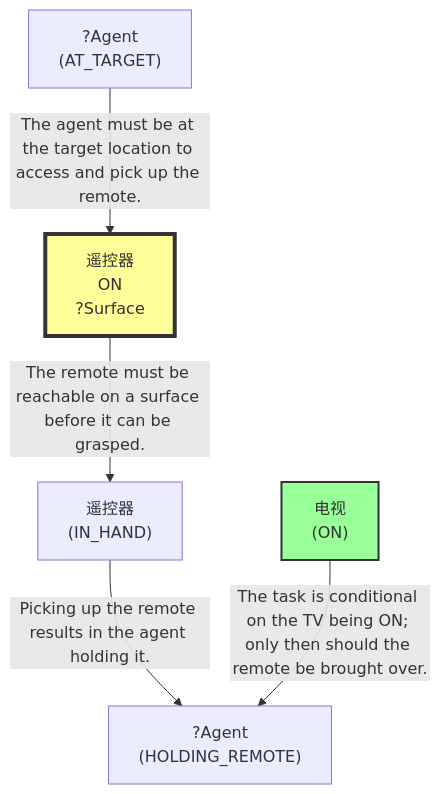
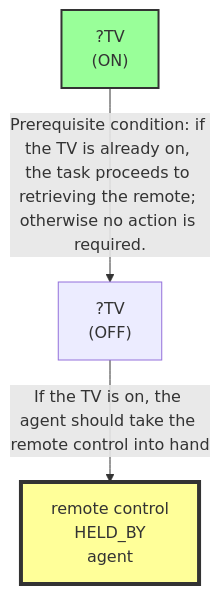
One commit to scuama/virtualhome changed the fourth of 5 diagrams in agent/results/success/M1_01/run_M1_01.md. Above: the diagram before and after it, drawn with Mermaid. The commit also changed other lines of this file and 20 other files, not shown here.

````diff
--- a/agent/results/success/M1_01/run_M1_01.md
+++ b/agent/results/success/M1_01/run_M1_01.md
@@ -319,14 +329,10 @@
 ```mermaid
 graph TD
-    N1["电视<br>(ON)"]
+    N1["?TV<br>(ON)"]
     style N1 fill:#9f9,stroke:#333,stroke-width:2px
-    N2["遥控器<br>ON<br>?Surface"]
-    style N2 fill:#ff9,stroke:#333,stroke-width:4px
-    N3["遥控器<br>(IN_HAND)"]
-    N4["?Agent<br>(AT_TARGET)"]
-    N5["?Agent<br>(HOLDING_REMOTE)"]
-    N4 -->|"The agent must be at the target location to access and pick up the remote."| N2
-    N2 -->|"The remote must be reachable on a surface before it can be grasped."| N3
-    N3 -->|"Picking up the remote results in the agent holding it."| N5
-    N1 -->|"The task is conditional on the TV being ON; only then should the remote be brought over."| N5
+    N2["?TV<br>(OFF)"]
+    N3["remote control<br>HELD_BY<br>agent"]
+    style N3 fill:#ff9,stroke:#333,stroke-width:4px
+    N1 -->|"Prerequisite condition: if the TV is already on, the task proceeds to retrieving the remote; otherwise no action is required."| N2
+    N2 -->|"If the TV is on, the agent should take the remote control into hand"| N3
 ```
````
